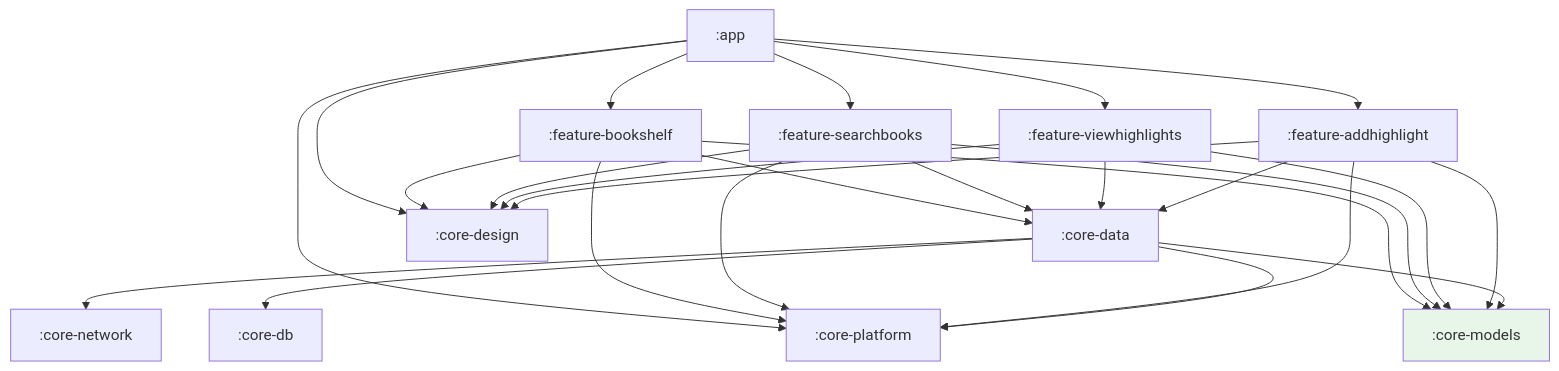
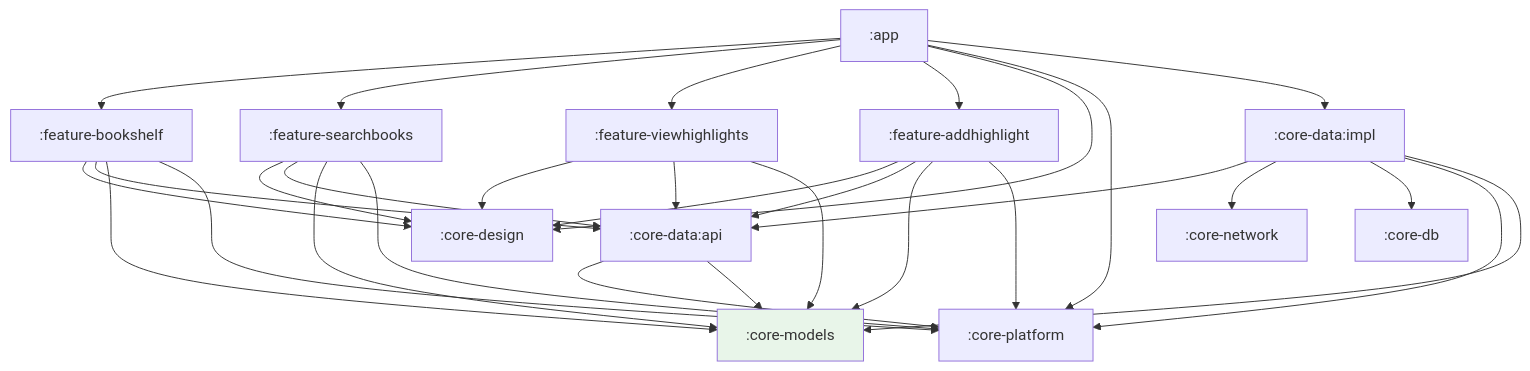
Before and after one commit to sriniketh/prose: the diagram in docs/modules.md, drawn with Mermaid. The commit also changed other lines of this file and 62 other files, not shown here.

````diff
--- a/docs/modules.md
+++ b/docs/modules.md
@@ -13,28 +14,30 @@
 ```mermaid
 graph TD
     app[":app"]
 
     fb[":feature-bookshelf"]
     fs[":feature-searchbooks"]
     fv[":feature-viewhighlights"]
     fa[":feature-addhighlight"]
 
-    cdata[":core-data"]
+    cdataapi[":core-data:api"]
+    cdataimpl[":core-data:impl"]
     cdesign[":core-design"]
     cplatform[":core-platform"]
     cnetwork[":core-network"]
     cdb[":core-db"]
     cmodels[":core-models"]
 
     app --> fb & fs & fv & fa
-    app --> cdesign & cplatform
+    app --> cdesign & cplatform & cdataimpl
 
-    fb --> cdesign & cdata & cmodels & cplatform
-    fs --> cdesign & cdata & cmodels & cplatform
-    fv --> cdesign & cdata & cmodels
-    fa --> cdesign & cdata & cmodels & cplatform
+    fb --> cdesign & cdataapi & cmodels & cplatform
+    fs --> cdesign & cdataapi & cmodels & cplatform
+    fv --> cdesign & cdataapi & cmodels
+    fa --> cdesign & cdataapi & cmodels & cplatform
 
-    cdata --> cnetwork & cdb & cplatform & cmodels
+    cdataimpl --> cdataapi & cnetwork & cdb & cplatform & cmodels
+    cdataapi --> cplatform & cmodels
 
     style cmodels fill:#e8f5e9
 ```
````
